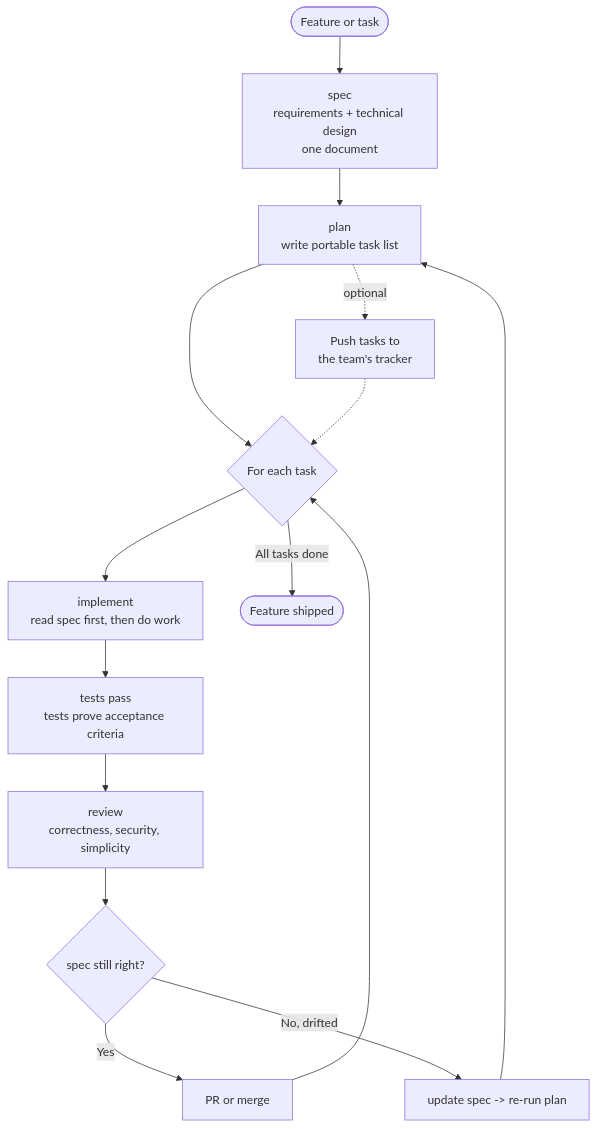
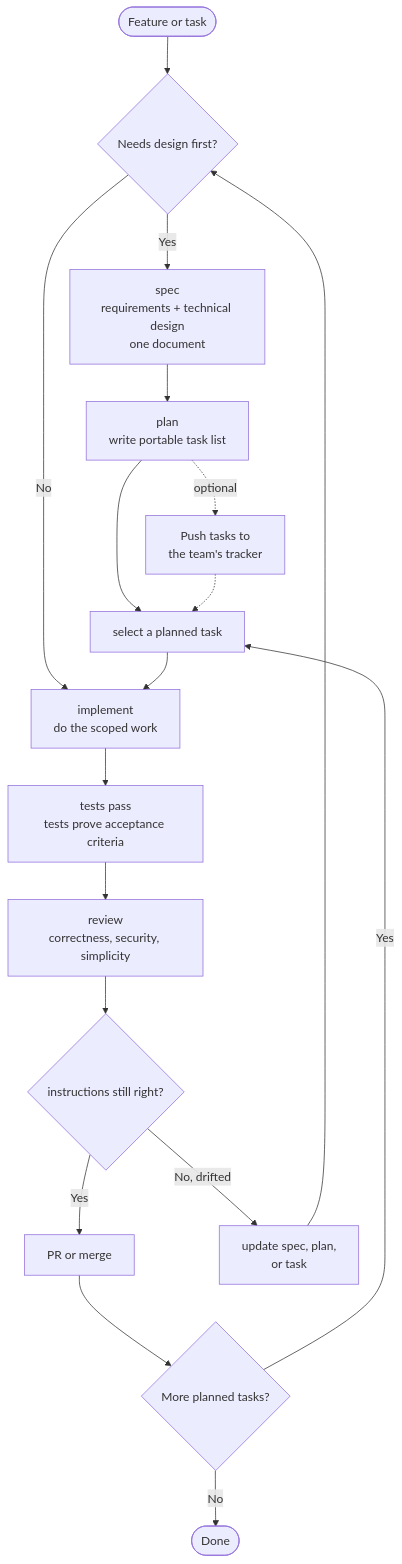
The diagram in README.md (owainlewis/blueprint), drawn with Mermaid before and after one commit. The commit also changed other lines of this file and 6 other files, not shown here.

````diff
--- a/README.md
+++ b/README.md
@@ -29,17 +29,20 @@
 ```mermaid
 flowchart TD
-    Start([Feature or task]) --> Spec[spec<br/>requirements + technical design<br/>one document]
+    Start([Feature or task]) --> Choice{Needs design first?}
+    Choice -->|Yes| Spec[spec<br/>requirements + technical design<br/>one document]
+    Choice -->|No| Implement[implement<br/>do the scoped work]
     Spec --> Plan[plan<br/>write portable task list]
-    Plan --> Loop{For each task}
+    Plan --> Task[select a planned task]
     Plan -. optional .-> Destination[Push tasks to<br/>the team's tracker]
-    Destination -.-> Loop
-    Loop --> Implement[implement<br/>read spec first, then do work]
+    Destination -.-> Task
+    Task --> Implement
     Implement --> Tests[tests pass<br/>tests prove acceptance criteria]
     Tests --> Review[review<br/>correctness, security, simplicity]
-    Review --> Decision{spec still right?}
+    Review --> Decision{instructions still right?}
     Decision -->|Yes| Ship[PR or merge]
-    Decision -->|No, drifted| Respec[update spec -> re-run plan]
-    Respec --> Plan
-    Ship --> Loop
-    Loop -->|All tasks done| Done([Feature shipped])
+    Decision -->|No, drifted| Update[update spec, plan,<br/>or task]
+    Update --> Choice
+    Ship --> More{More planned tasks?}
+    More -->|Yes| Task
+    More -->|No| Done([Done])
 ```
````
